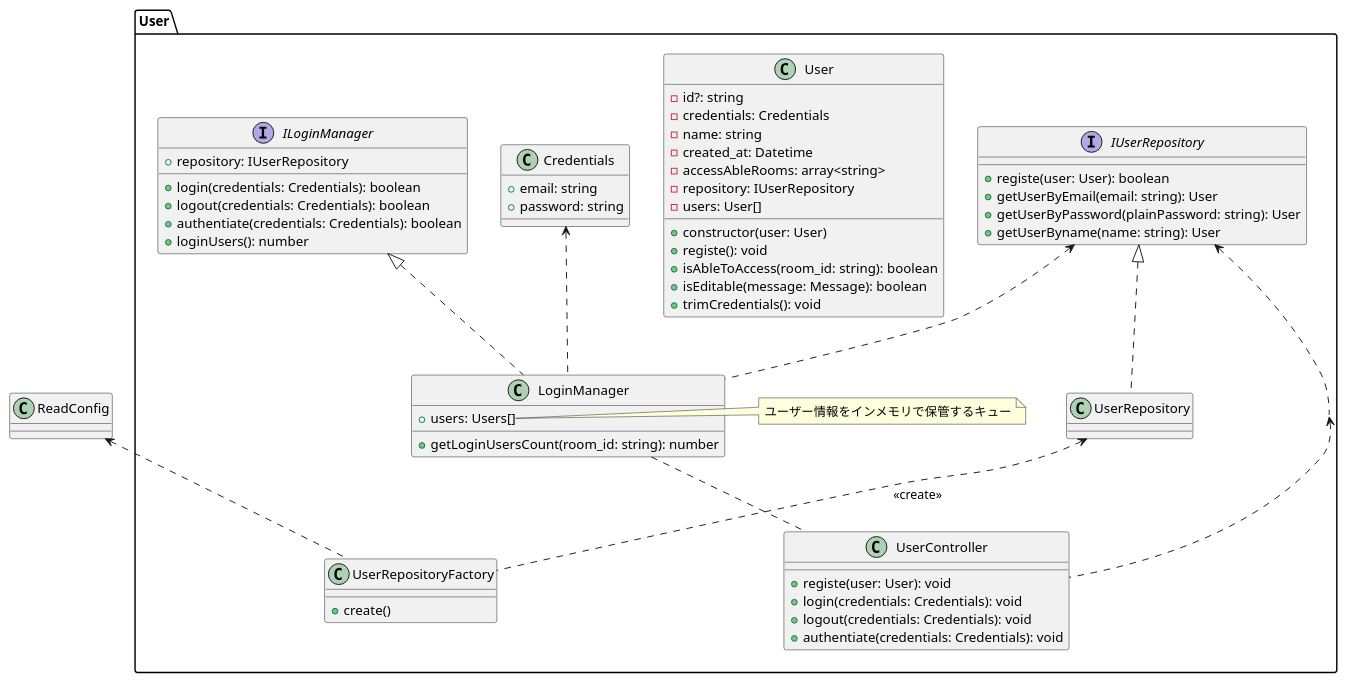
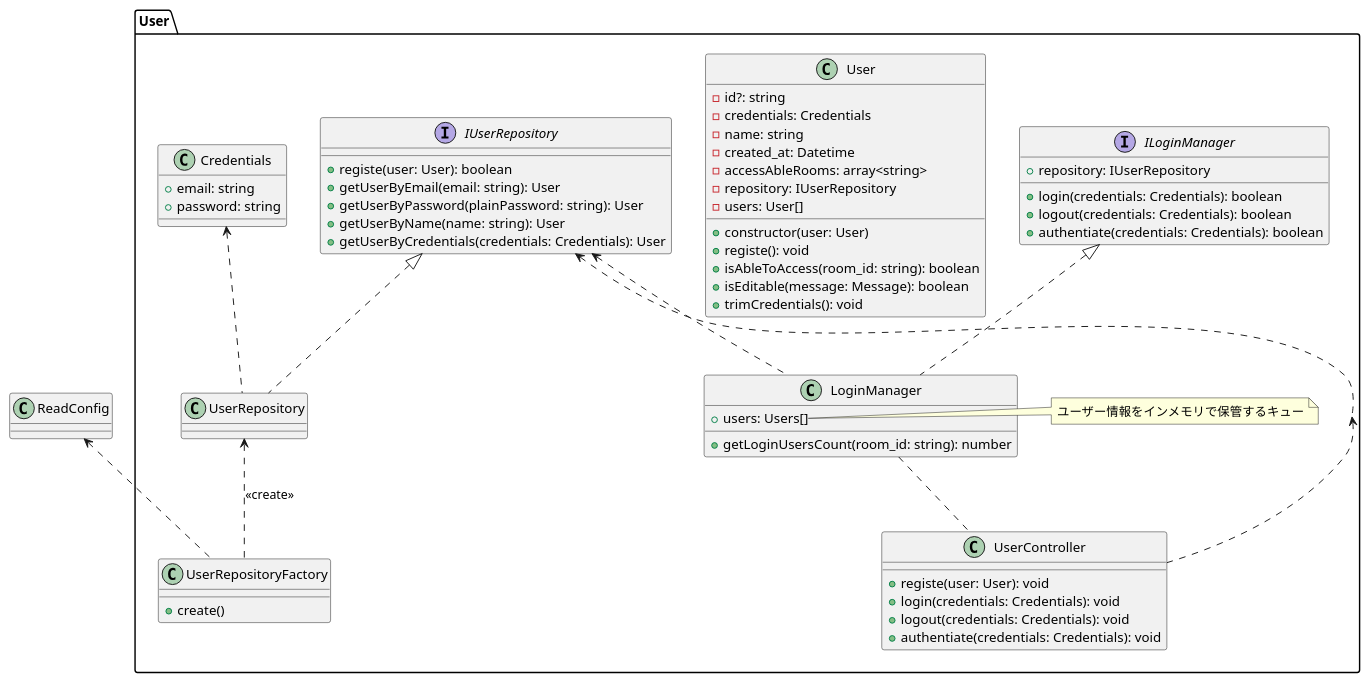
Before and after one commit to TOnodera/chatterman: the diagram in documents/plantUML/クラス図/サーバー/クラス図User.wsd, drawn with PlantUML. The commit also changed 11 other files, not shown here.

```diff
--- a/documents/plantUML/クラス図/サーバー/クラス図User.wsd
+++ b/documents/plantUML/クラス図/サーバー/クラス図User.wsd
@@ -1,72 +1,72 @@
 @startuml
 
 package User{
     class Credentials{
         +email: string
         +password: string
     }
 
     class User{
         -id?: string
         -credentials: Credentials
         -name: string
         -created_at: Datetime
         -accessAbleRooms: array<string>
         -repository: IUserRepository
         -users: User[]
         +constructor(user: User)
         +registe(): void
         +isAbleToAccess(room_id: string): boolean
         +isEditable(message: Message): boolean
         +trimCredentials(): void
     }
 
     Interface ILoginManager{
         +repository: IUserRepository
         +login(credentials: Credentials): boolean
         +logout(credentials: Credentials): boolean
         +authentiate(credentials: Credentials): boolean
-        +loginUsers(): number
     }
 
     class LoginManager{
         +users: Users[]
         +getLoginUsersCount(room_id: string): number
     }
     note right of LoginManager::users
         ユーザー情報をインメモリで保管するキュー
     endnote
 
     Interface IUserRepository{
         +registe(user: User): boolean
         +getUserByEmail(email: string): User
         +getUserByPassword(plainPassword: string): User
-        +getUserByname(name: string): User
+        +getUserByName(name: string): User
+        +getUserByCredentials(credentials: Credentials): User
     }
 
     class UserRepository
 
     class UserController{
         +registe(user: User): void
         +login(credentials: Credentials): void
         +logout(credentials: Credentials): void
         +authentiate(credentials: Credentials): void
     }
 
     class UserRepositoryFactory{
         +create()
     }
 
 }
 
 User <.. UserController
 ILoginManager <|.. LoginManager
 LoginManager .. UserController
 IUserRepository <.. User
 IUserRepository <.. LoginManager
 ReadConfig <.. UserRepositoryFactory
 IUserRepository <|.. UserRepository
 UserRepository <.. UserRepositoryFactory : <<create>>
-Credentials <.. LoginManager
+Credentials <.. UserRepository
 
 @enduml
```
